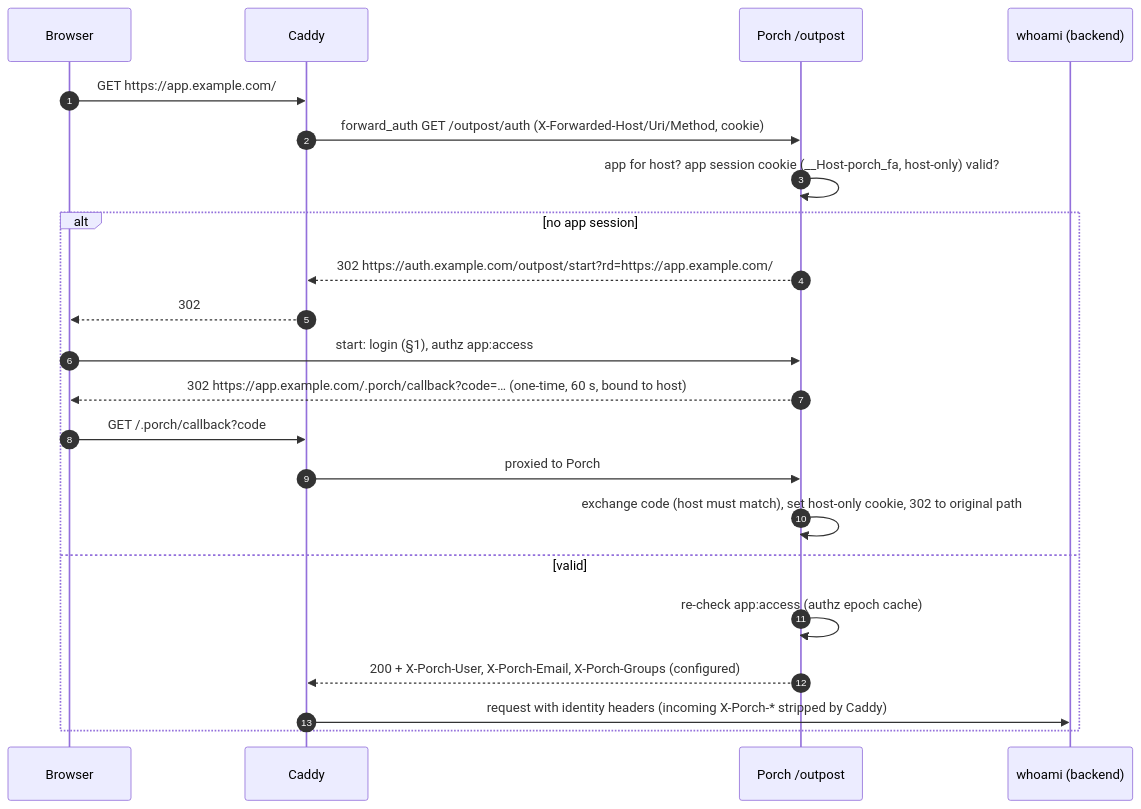
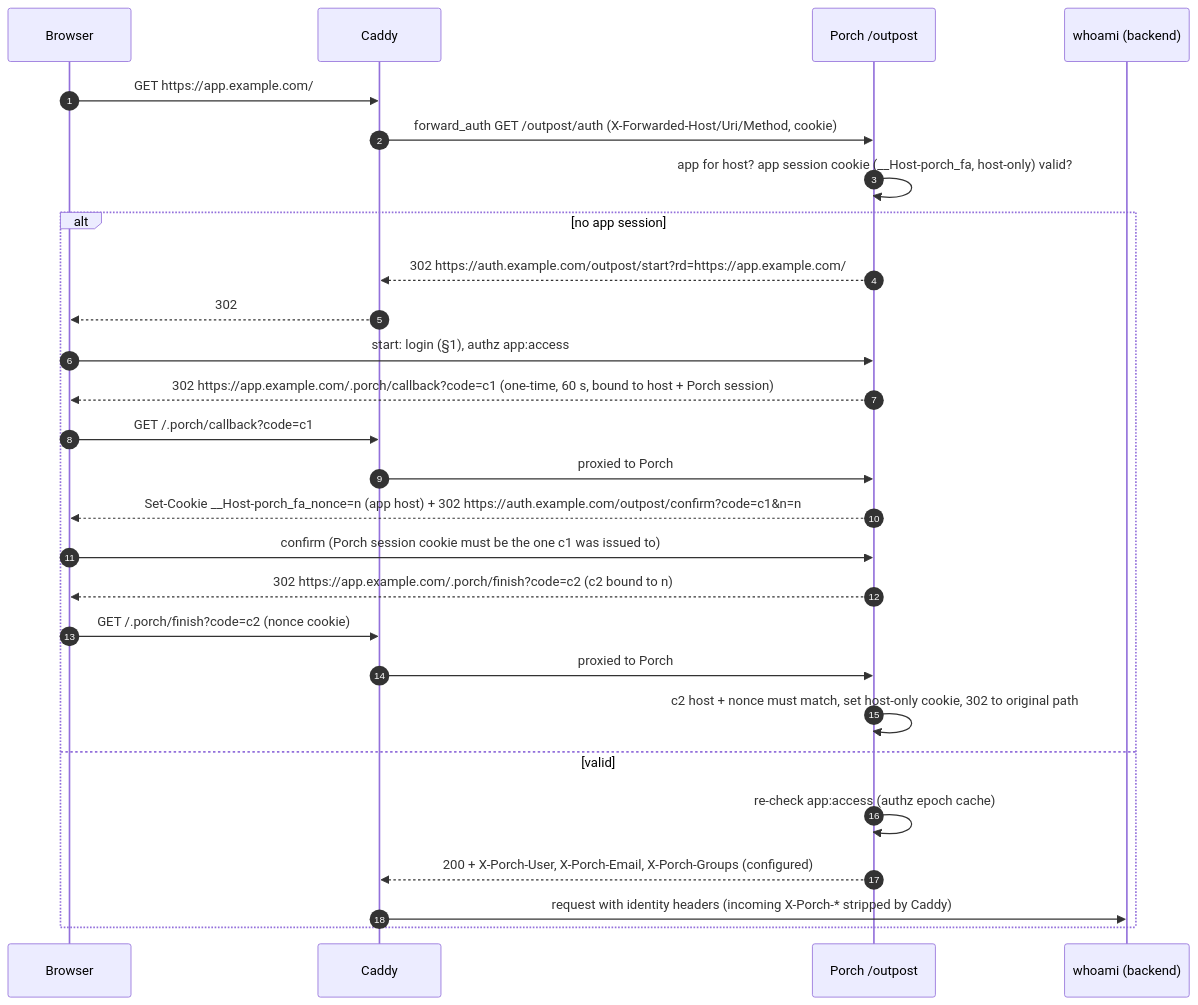
One commit to aurimasniekis/go-porch changed the sixth of 9 diagrams in docs/FLOWS.md. Above: the diagram before and after it, drawn with Mermaid. The commit also changed 50 other files, not shown here.

````diff
--- a/docs/FLOWS.md
+++ b/docs/FLOWS.md
@@ -141,24 +141,29 @@
 ```mermaid
 sequenceDiagram
   autonumber
   participant B as Browser
   participant C as Caddy
   participant P as Porch /outpost
   participant W as whoami (backend)
   B->>C: GET https://app.example.com/
   C->>P: forward_auth GET /outpost/auth (X-Forwarded-Host/Uri/Method, cookie)
   P->>P: app for host? app session cookie (__Host-porch_fa, host-only) valid?
   alt no app session
     P-->>C: 302 https://auth.example.com/outpost/start?rd=https://app.example.com/
     C-->>B: 302
     B->>P: start: login (§1), authz app:access
-    P-->>B: 302 https://app.example.com/.porch/callback?code=… (one-time, 60 s, bound to host)
-    B->>C: GET /.porch/callback?code
+    P-->>B: 302 https://app.example.com/.porch/callback?code=c1 (one-time, 60 s, bound to host + Porch session)
+    B->>C: GET /.porch/callback?code=c1
     C->>P: proxied to Porch
-    P->>P: exchange code (host must match), set host-only cookie, 302 to original path
+    P-->>B: Set-Cookie __Host-porch_fa_nonce=n (app host) + 302 https://auth.example.com/outpost/confirm?code=c1&n=n
+    B->>P: confirm (Porch session cookie must be the one c1 was issued to)
+    P-->>B: 302 https://app.example.com/.porch/finish?code=c2 (c2 bound to n)
+    B->>C: GET /.porch/finish?code=c2 (nonce cookie)
+    C->>P: proxied to Porch
+    P->>P: c2 host + nonce must match, set host-only cookie, 302 to original path
   else valid
     P->>P: re-check app:access (authz epoch cache)
     P-->>C: 200 + X-Porch-User, X-Porch-Email, X-Porch-Groups (configured)
     C->>W: request with identity headers (incoming X-Porch-* stripped by Caddy)
   end
 ```
````
